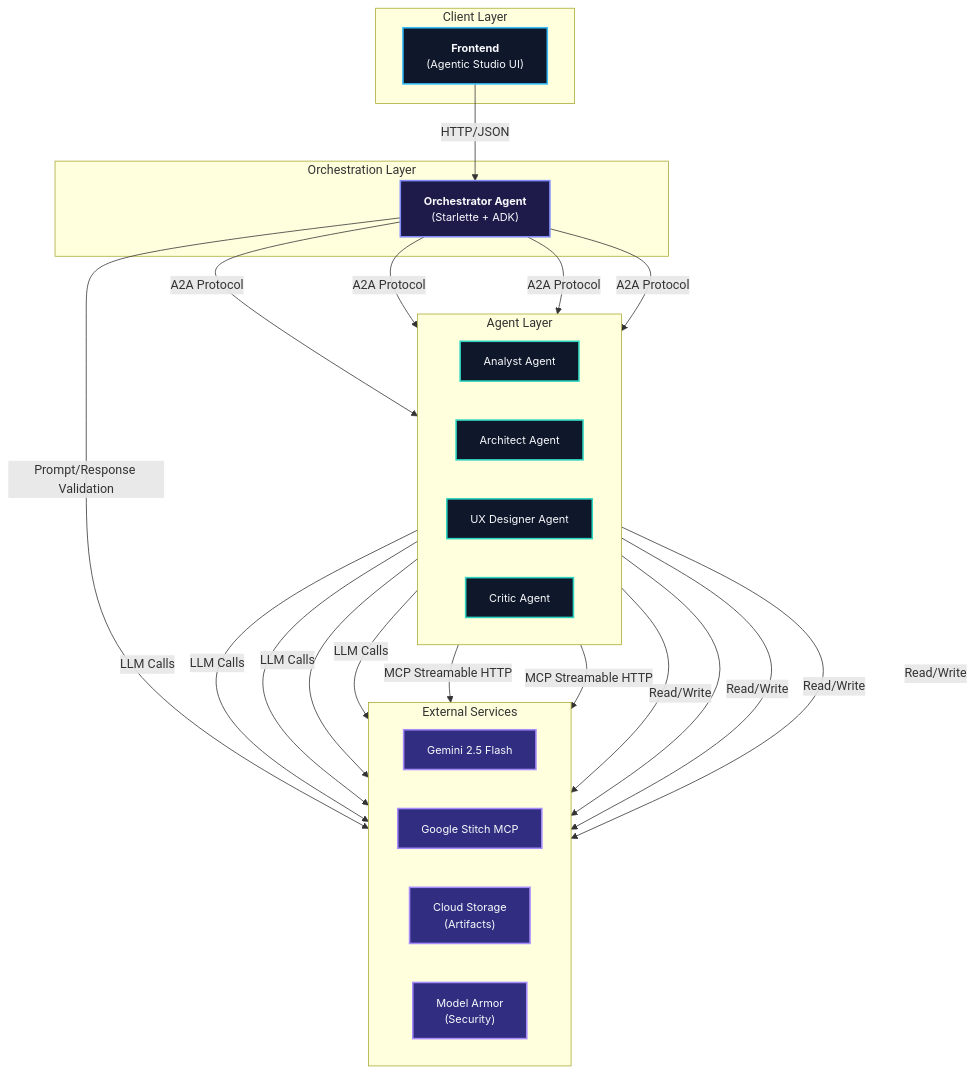
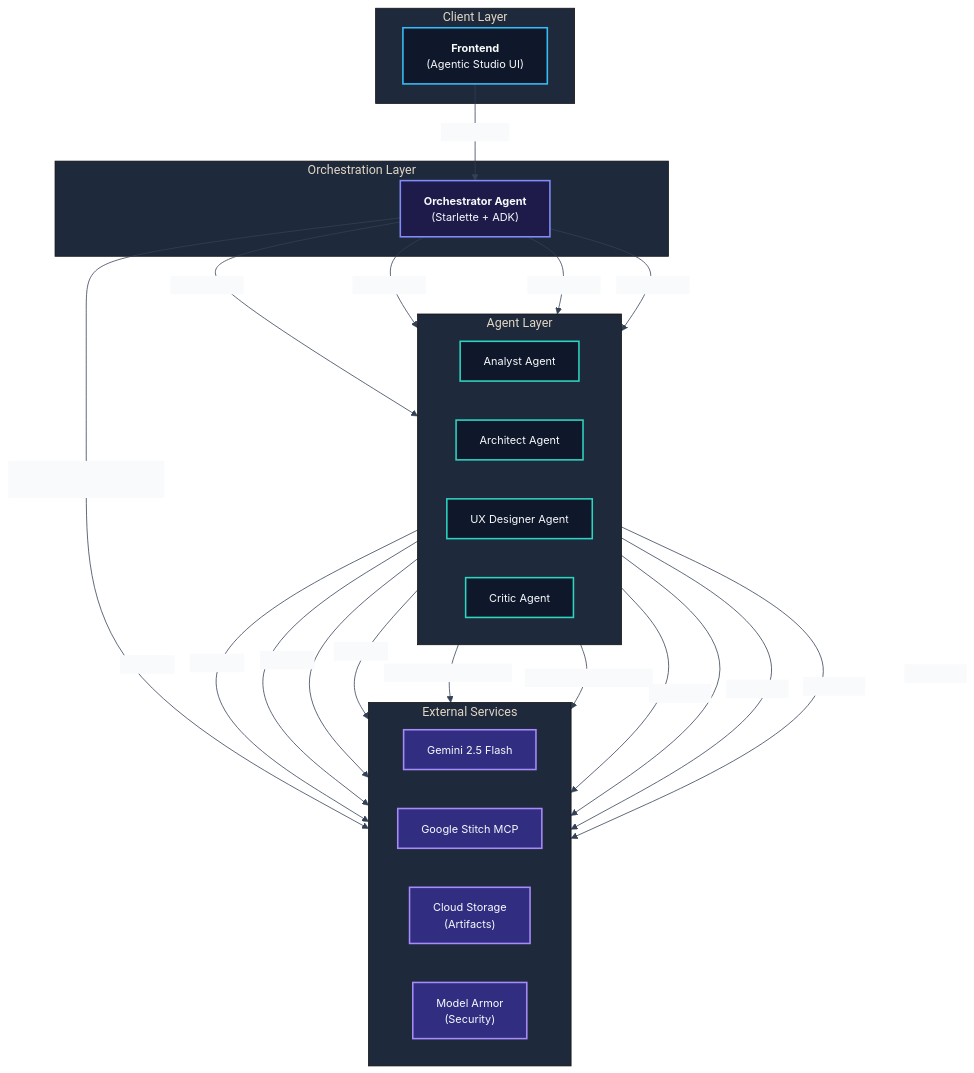
One commit to jggomez/multi-agents-product-architect-creator changed the first of 3 diagrams in README.md. Above: the diagram before and after it, drawn with Mermaid. The commit also changed other lines of this file, not shown here.

Commit message:
docs: improve contrast of Mermaid diagrams in README for better visibility

````diff
--- a/README.md
+++ b/README.md
@@ -55,61 +55,62 @@
 ```mermaid
+%%{init: {'theme': 'base', 'themeVariables': { 'primaryColor': '#1e293b', 'primaryTextColor': '#f8fafc', 'primaryBorderColor': '#334155', 'lineColor': '#334155', 'secondaryColor': '#0f172a', 'tertiaryColor': '#1e293b', 'edgeLabelBackground':'#f8fafc', 'nodeBorder':'#334155' }}}%%
 graph TB
     subgraph "Client Layer"
         FE["<b>Frontend</b><br/>(Agentic Studio UI)"]
     end
 
     subgraph "Orchestration Layer"
         ORCH["<b>Orchestrator Agent</b><br/>(Starlette + ADK)"]
     end
 
     subgraph "Agent Layer"
         direction LR
         AN["Analyst Agent"]
         AR["Architect Agent"]
         UX["UX Designer Agent"]
         CR["Critic Agent"]
     end
 
     subgraph "External Services"
         direction LR
         GEMINI["Gemini 2.5 Flash"]
         STITCH["Google Stitch MCP"]
         GCS["Cloud Storage<br/>(Artifacts)"]
         MA["Model Armor<br/>(Security)"]
     end
 
     FE -- "HTTP/JSON" --> ORCH
     ORCH -- "A2A Protocol" --> AN
     ORCH -- "A2A Protocol" --> AR
     ORCH -- "A2A Protocol" --> UX
     ORCH -- "A2A Protocol" --> CR
 
     AN -- "LLM Calls" --> GEMINI
     AR -- "LLM Calls" --> GEMINI
     UX -- "LLM Calls" --> GEMINI
     CR -- "LLM Calls" --> GEMINI
 
     UX -- "MCP Streamable HTTP" --> STITCH
     CR -- "MCP Streamable HTTP" --> STITCH
 
     AN -- "Read/Write" --> GCS
     AR -- "Read/Write" --> GCS
     UX -- "Read/Write" --> GCS
     CR -- "Read/Write" --> GCS
 
     ORCH -- "Prompt/Response Validation" --> MA
 
     %% Technical Premium Styles
     style FE fill:#0f172a,stroke:#38bdf8,stroke-width:2px,color:#f8fafc
     style ORCH fill:#1e1b4b,stroke:#818cf8,stroke-width:2px,color:#f8fafc
     style AN fill:#0f172a,stroke:#2dd4bf,stroke-width:2px,color:#f8fafc
     style AR fill:#0f172a,stroke:#2dd4bf,stroke-width:2px,color:#f8fafc
     style UX fill:#0f172a,stroke:#2dd4bf,stroke-width:2px,color:#f8fafc
     style CR fill:#0f172a,stroke:#2dd4bf,stroke-width:2px,color:#f8fafc
     style GEMINI fill:#312e81,stroke:#a78bfa,stroke-width:2px,color:#f8fafc
     style STITCH fill:#312e81,stroke:#a78bfa,stroke-width:2px,color:#f8fafc
     style GCS fill:#312e81,stroke:#a78bfa,stroke-width:2px,color:#f8fafc
     style MA fill:#312e81,stroke:#a78bfa,stroke-width:2px,color:#f8fafc
 
     classDef default font-family:Inter,font-size:14px;
 ```
````
